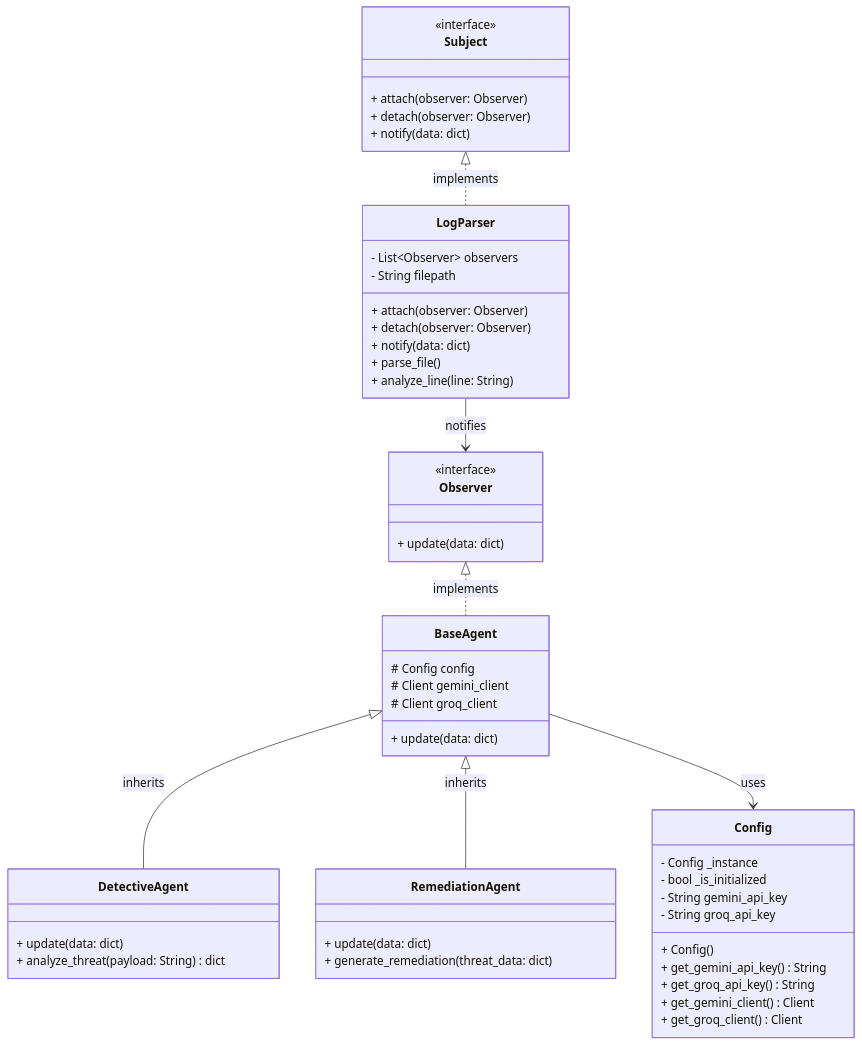
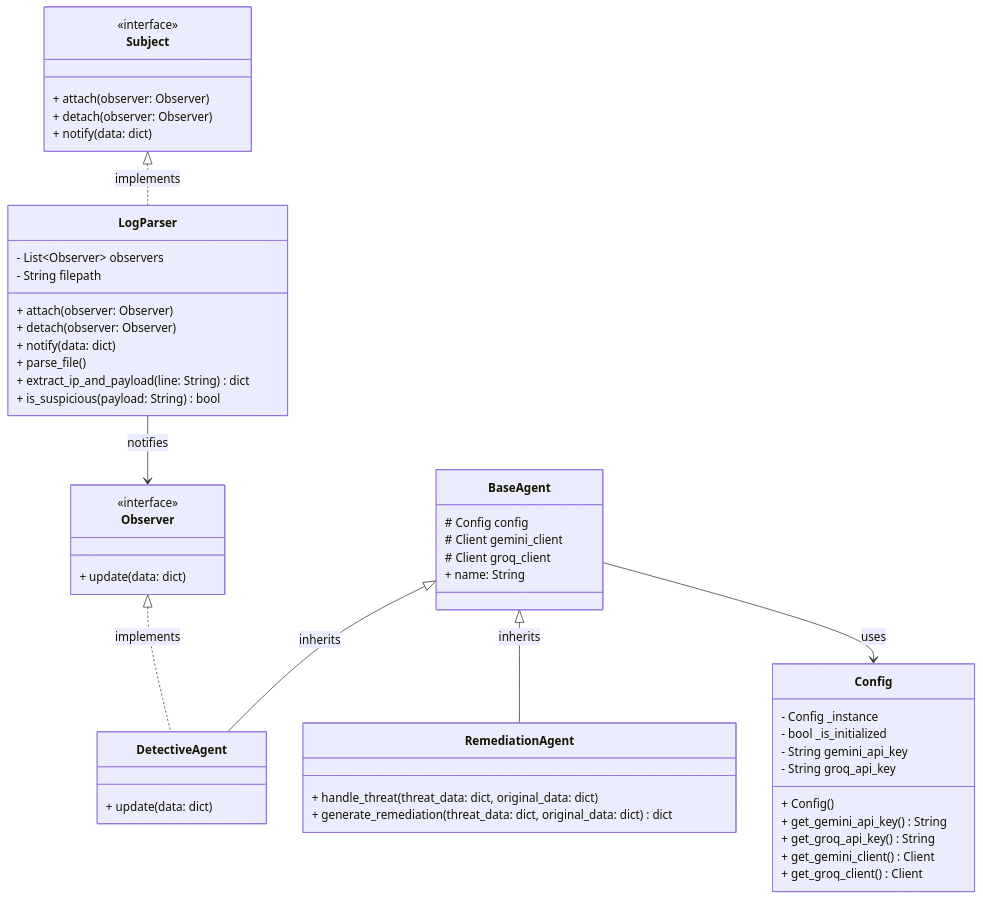
The diagram in README.md (myhneaa/AI-Powered-Network-Threat-Analyzer), drawn with Mermaid before and after one commit. The commit also changed other lines of this file, not shown here.

````diff
--- a/README.md
+++ b/README.md
@@ -78,60 +78,60 @@
 ```mermaid
 classDiagram
     class Config {
         - Config _instance
         - bool _is_initialized
         - String gemini_api_key
         - String groq_api_key
         + Config()
         + get_gemini_api_key() String
         + get_groq_api_key() String
         + get_gemini_client() Client
         + get_groq_client() Client
     }
     
     class Subject {
         <<interface>>
         + attach(observer: Observer)
         + detach(observer: Observer)
         + notify(data: dict)
     }
     
     class Observer {
         <<interface>>
         + update(data: dict)
     }
     
     class LogParser {
         - List~Observer~ observers
         - String filepath
         + attach(observer: Observer)
         + detach(observer: Observer)
         + notify(data: dict)
         + parse_file()
-        + analyze_line(line: String)
+        + extract_ip_and_payload(line: String) dict
+        + is_suspicious(payload: String) bool
     }
     
     class BaseAgent {
         # Config config
         # Client gemini_client
         # Client groq_client
-        + update(data: dict)
+        + name: String
     }
     
     class DetectiveAgent {
         + update(data: dict)
-        + analyze_threat(payload: String) dict
     }
     
     class RemediationAgent {
-        + update(data: dict)
-        + generate_remediation(threat_data: dict)
+        + handle_threat(threat_data: dict, original_data: dict)
+        + generate_remediation(threat_data: dict, original_data: dict) dict
     }
     
     Subject <|.. LogParser : implements
-    Observer <|.. BaseAgent : implements
+    Observer <|.. DetectiveAgent : implements
     BaseAgent <|-- DetectiveAgent : inherits
     BaseAgent <|-- RemediationAgent : inherits
     LogParser --> Observer : notifies
     BaseAgent --> Config : uses
 ```
````
